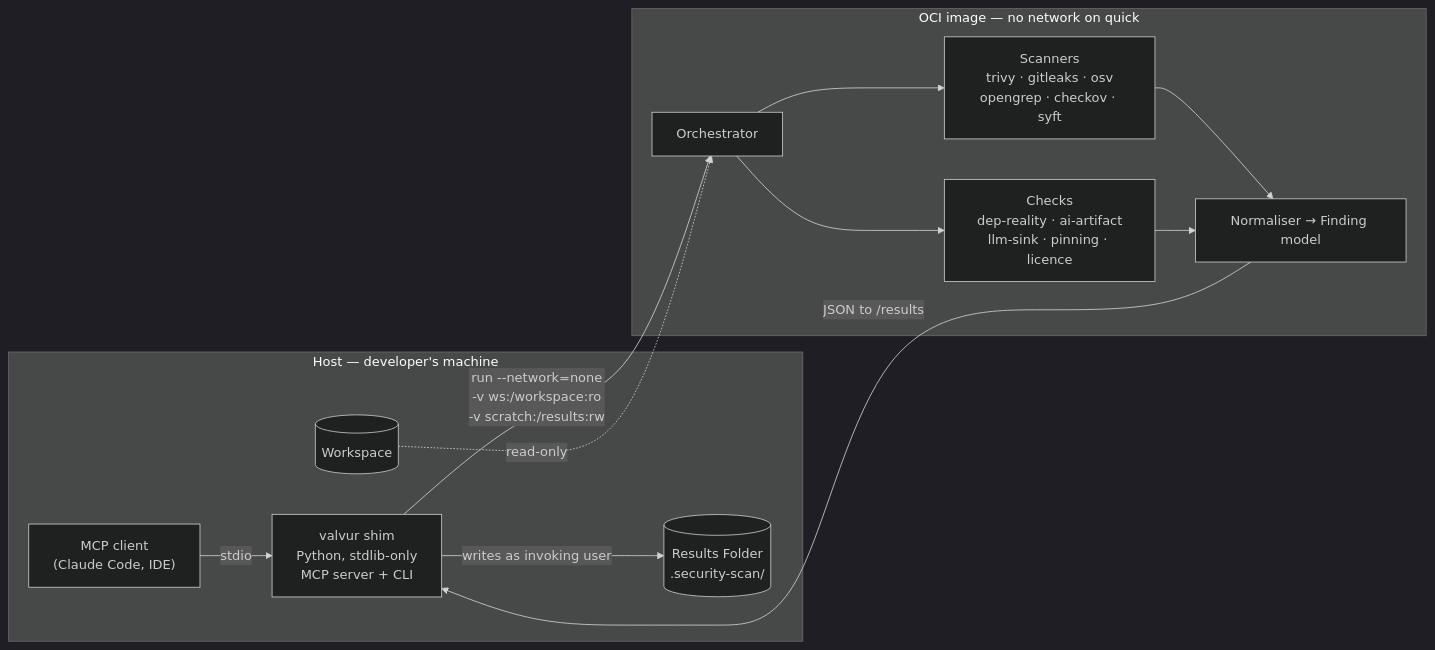
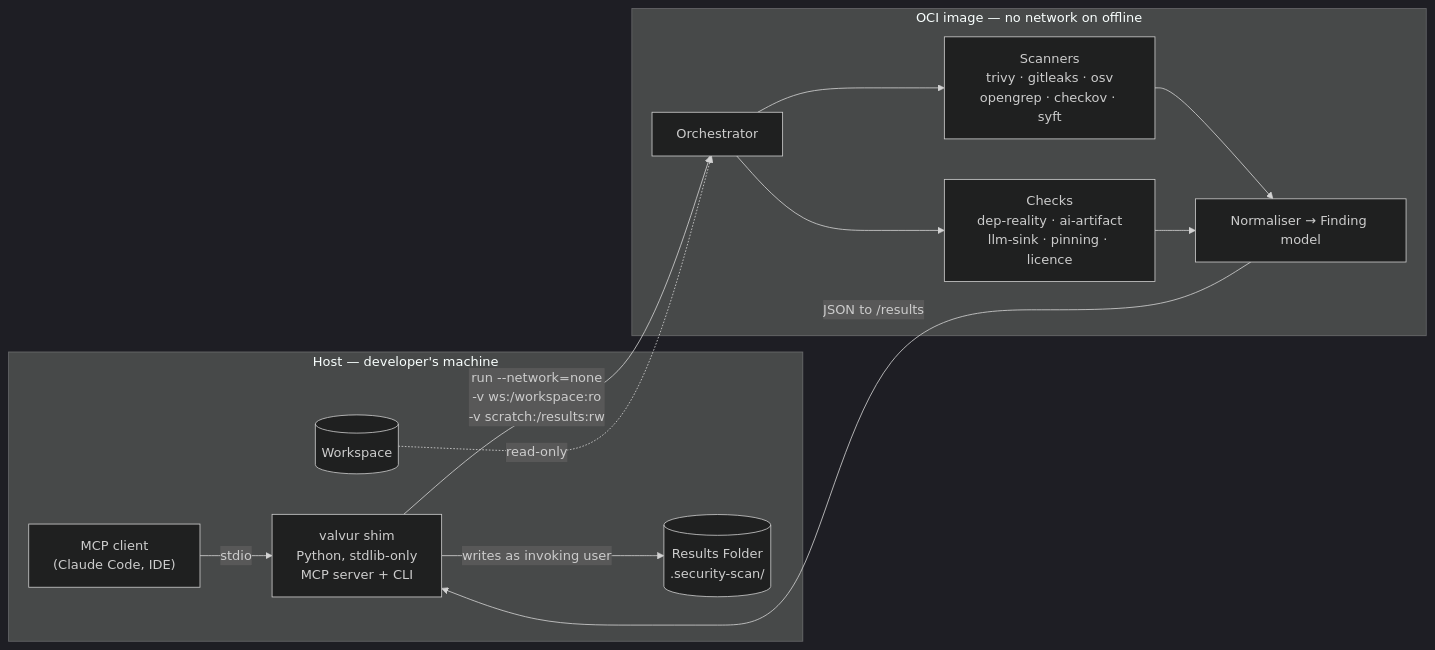
One commit to MaverickHQ/valvur changed the diagram in .kiro/specs/valvur/design.md. Above: the diagram before and after it, drawn with Mermaid (dark theme). The commit also changed other lines of this file and 18 other files, not shown here.

````diff
--- a/.kiro/specs/valvur/design.md
+++ b/.kiro/specs/valvur/design.md
@@ -14,22 +14,22 @@
 ```mermaid
 flowchart LR
   subgraph host["Host — developer's machine"]
     agent["MCP client<br/>(Claude Code, IDE)"]
     shim["valvur shim<br/>Python, stdlib-only<br/>MCP server + CLI"]
     ws[("Workspace")]
     rf[("Results Folder<br/>.security-scan/")]
   end
-  subgraph img["OCI image — no network on quick"]
+  subgraph img["OCI image — no network on offline"]
     orch["Orchestrator"]
     sc["Scanners<br/>trivy · gitleaks · osv<br/>opengrep · checkov · syft"]
     ck["Checks<br/>dep-reality · ai-artifact<br/>llm-sink · pinning · licence"]
     norm["Normaliser → Finding model"]
   end
   agent -->|stdio| shim
   shim -->|"run --network=none<br/>-v ws:/workspace:ro<br/>-v scratch:/results:rw"| orch
   orch --> sc --> norm
   orch --> ck --> norm
   norm -->|"JSON to /results"| shim
   shim -->|writes as invoking user| rf
   ws -.->|read-only| orch
 ```
````
